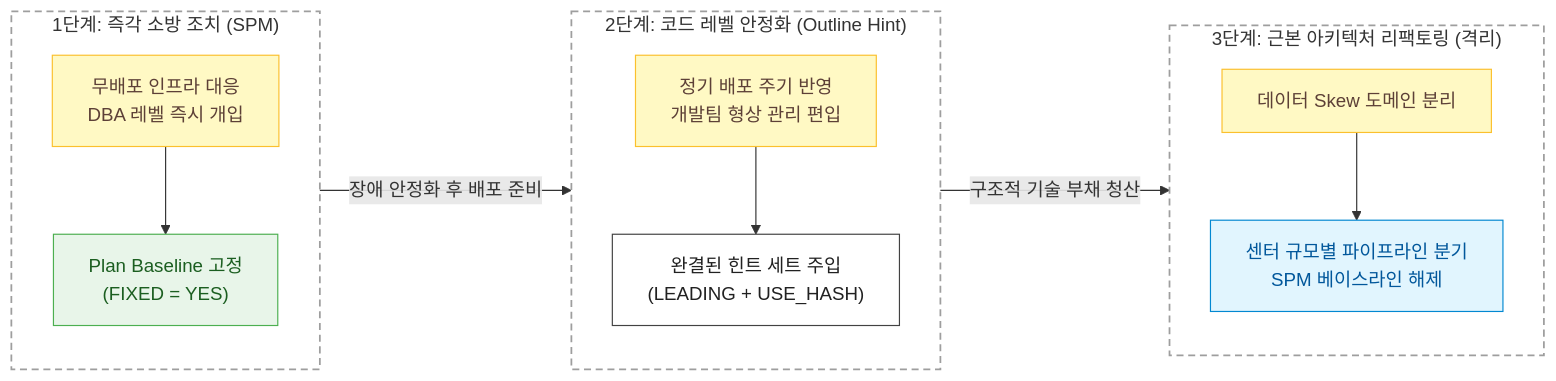
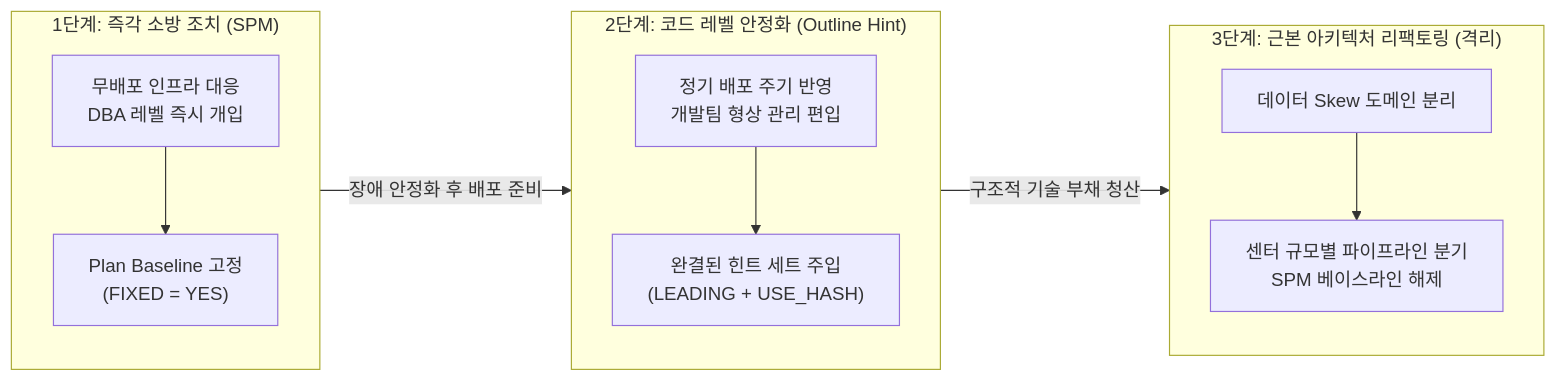
Before and after one commit to djpibo/djpibo.github.io: the fifth of 5 diagrams in docs/dbms/oracle/batch-execution-plan-instability-spm-tuning.md, drawn with Mermaid. The commit also changed other lines of this file and 8 other files, not shown here.

Commit message:
style(mermaid): unify all diagrams to monochrome and remove colored rect boxes

````diff
--- a/docs/dbms/oracle/batch-execution-plan-instability-spm-tuning.md
+++ b/docs/dbms/oracle/batch-execution-plan-instability-spm-tuning.md
@@ -545,32 +512,24 @@
 ```mermaid
 flowchart LR
-    classDef storage fill:#E8F5E9,stroke:#4CAF50,color:#1B5E20;
-    classDef processor fill:#FFF9C4,stroke:#FBC02D,color:#5D4037;
-    classDef client fill:#E1F5FE,stroke:#0288D1,color:#01579B;
-    classDef entity fill:#FFFFFF,stroke:#424242,color:#212121;
 
     subgraph StepA["1단계: 즉각 소방 조치 (SPM)"]
-        A1["무배포 인프라 대응<br/>DBA 레벨 즉시 개입"]:::processor
-        A2["Plan Baseline 고정<br/>(FIXED = YES)"]:::storage
+        A1["무배포 인프라 대응<br/>DBA 레벨 즉시 개입"]
+        A2["Plan Baseline 고정<br/>(FIXED = YES)"]
         A1 --> A2
     end
 
     subgraph StepB["2단계: 코드 레벨 안정화 (Outline Hint)"]
-        B1["정기 배포 주기 반영<br/>개발팀 형상 관리 편입"]:::processor
-        B2["완결된 힌트 세트 주입<br/>(LEADING + USE_HASH)"]:::entity
+        B1["정기 배포 주기 반영<br/>개발팀 형상 관리 편입"]
+        B2["완결된 힌트 세트 주입<br/>(LEADING + USE_HASH)"]
         B1 --> B2
     end
 
     subgraph StepC["3단계: 근본 아키텍처 리팩토링 (격리)"]
-        C1["데이터 Skew 도메인 분리"]:::processor
-        C2["센터 규모별 파이프라인 분기<br/>SPM 베이스라인 해제"]:::client
+        C1["데이터 Skew 도메인 분리"]
+        C2["센터 규모별 파이프라인 분기<br/>SPM 베이스라인 해제"]
         C1 --> C2
     end
 
     StepA -->|"장애 안정화 후 배포 준비"| StepB
     StepB -->|"구조적 기술 부채 청산"| StepC
-
-    style StepA fill:none,stroke:#9E9E9E,stroke-width:1.5px,stroke-dasharray:6 4;
-    style StepB fill:none,stroke:#9E9E9E,stroke-width:1.5px,stroke-dasharray:6 4;
-    style StepC fill:none,stroke:#9E9E9E,stroke-width:1.5px,stroke-dasharray:6 4;
 ```
````
